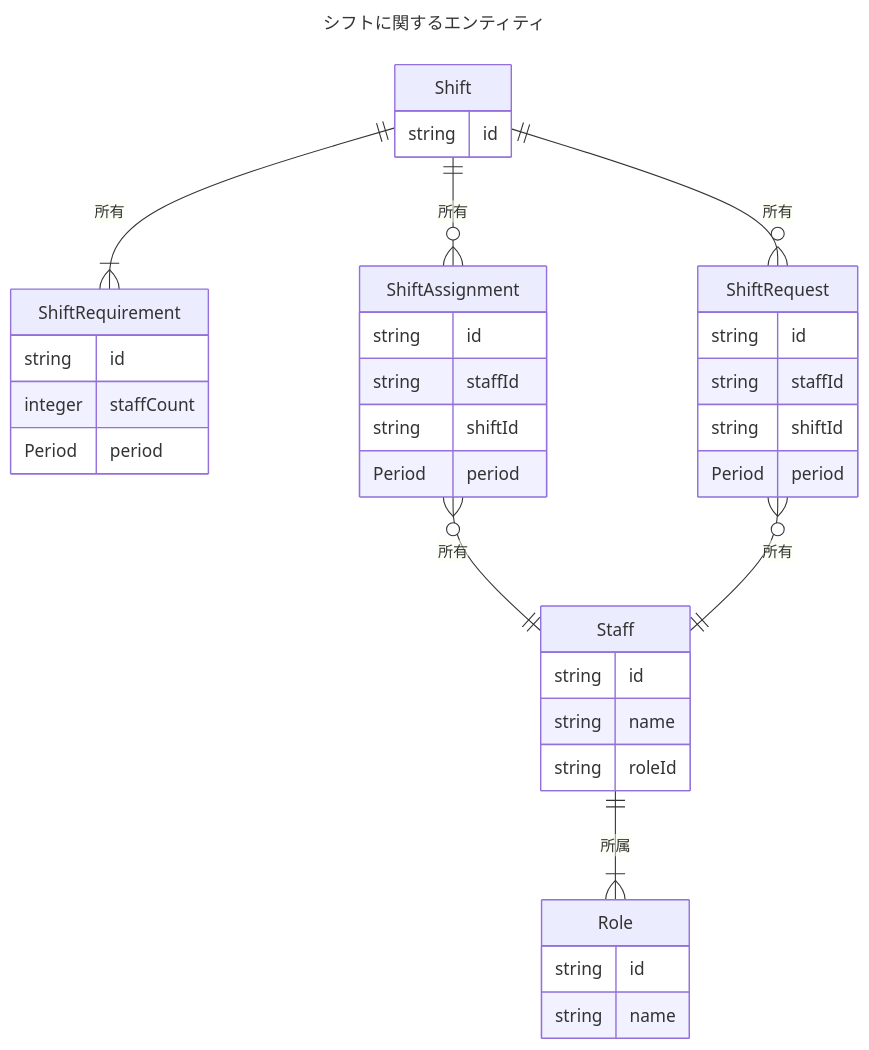
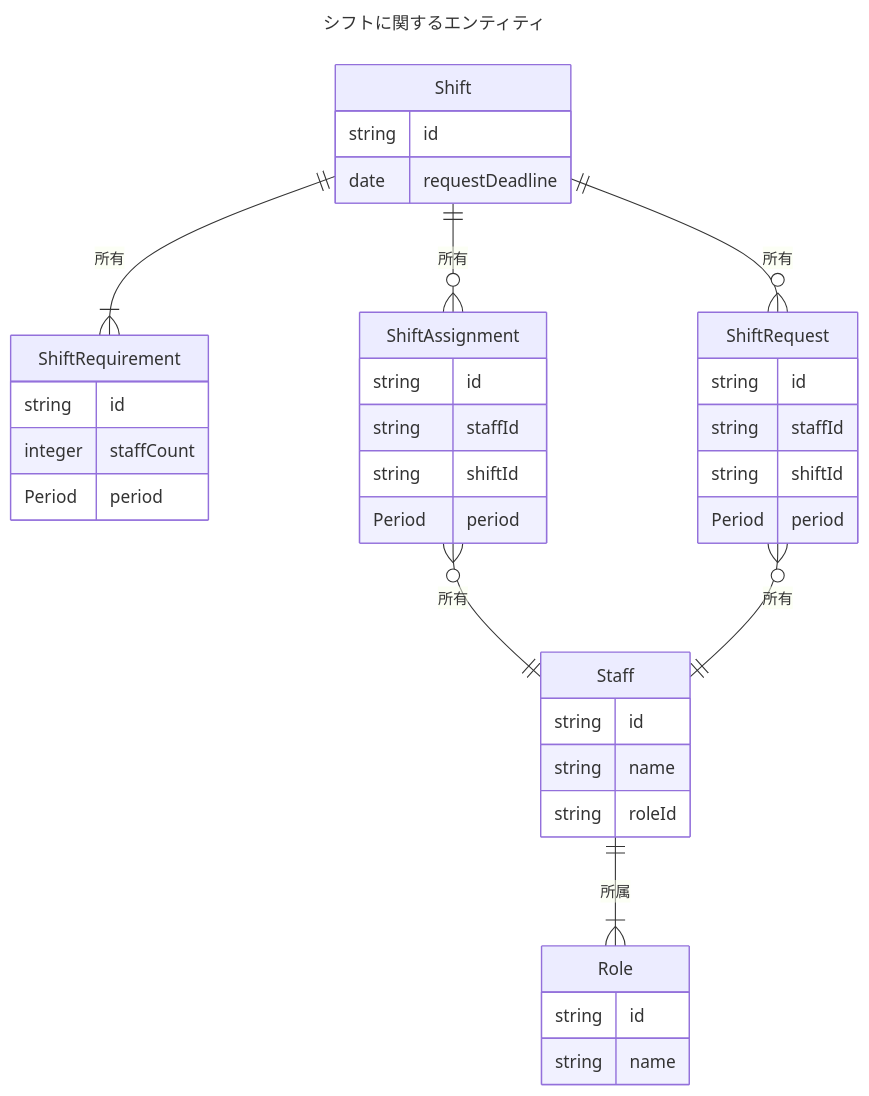
Before and after one commit to yokoyamakikaku/shiftori-client-prototype: the diagram in docs/entity.md, drawn with Mermaid. The commit also changed other lines of this file, not shown here.

````diff
--- a/docs/entity.md
+++ b/docs/entity.md
@@ -3,48 +3,49 @@
 ```mermaid
 ---
 title: シフトに関するエンティティ
 ---
 erDiagram
     Shift {
         string id
+        date requestDeadline
     }
 
     ShiftRequirement {
         string id
         integer staffCount
         Period period
     }
 
     ShiftRequest {
         string id
         string staffId
         string shiftId
         Period period
     }
 
     ShiftAssignment {
         string id
         string staffId
         string shiftId
         Period period
     }
 
     Staff {
         string id
         string name
         string roleId
     }
 
     Role {
         string id
         string name
     }
 
     Shift ||--|{ ShiftRequirement : "所有"
     Shift ||--o{ ShiftRequest : "所有"
     Shift ||--o{ ShiftAssignment : "所有"
 
     ShiftAssignment }o--|| Staff : "所有"
     ShiftRequest }o--|| Staff : "所有"
     Staff ||--|{ Role : "所属"
 ```
````
